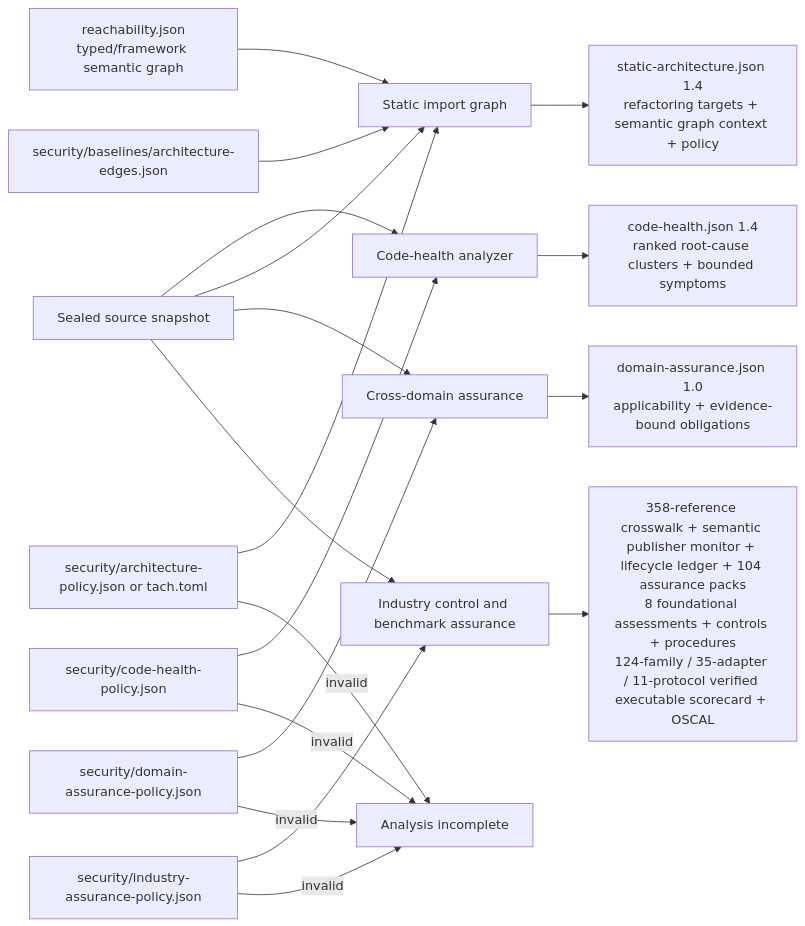
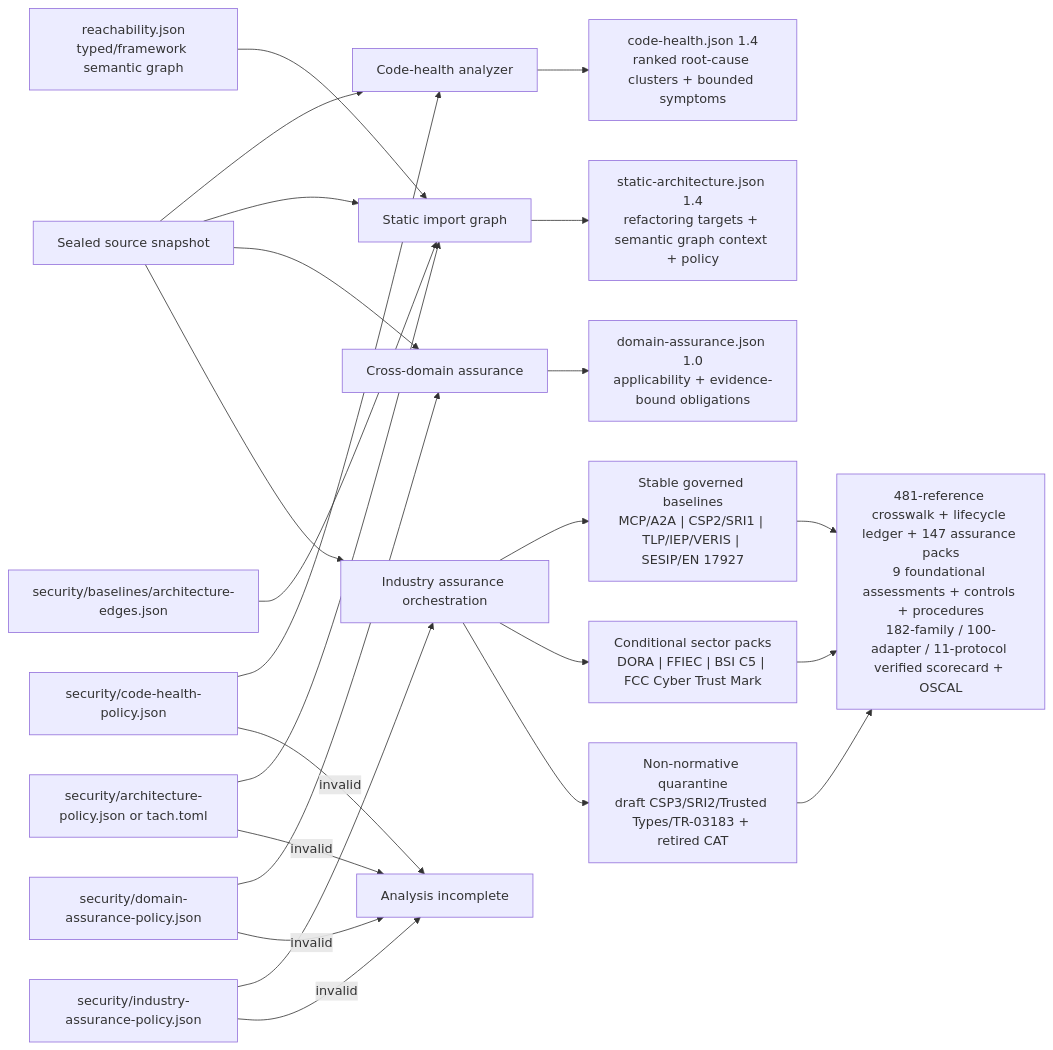
One commit to willtran87/project-py-security-suite changed the third of 3 diagrams in docs/configuration.md. Above: the diagram before and after it, drawn with Mermaid. The commit also changed other lines of this file and 124 other files, not shown here.

Commit message:
Harden benchmark assurance and governance

````diff
--- a/docs/configuration.md
+++ b/docs/configuration.md
@@ -132,21 +132,26 @@
 ```mermaid
 flowchart LR
     Snapshot["Sealed source snapshot"] --> Health["Code-health analyzer"]
     HealthPolicy["security/code-health-policy.json"] --> Health
     Snapshot --> Graph["Static import graph"]
     Reachability["reachability.json<br/>typed/framework semantic graph"] --> Graph
     ArchitecturePolicy["security/architecture-policy.json or tach.toml"] --> Graph
     EdgeBaseline["security/baselines/architecture-edges.json"] --> Graph
     Snapshot --> Domains["Cross-domain assurance"]
     DomainPolicy["security/domain-assurance-policy.json"] --> Domains
-    Snapshot --> Industry["Industry control and benchmark assurance"]
+    Snapshot --> Industry["Industry assurance orchestration"]
     IndustryPolicy["security/industry-assurance-policy.json"] --> Industry
     Health --> HealthArtifact["code-health.json 1.4<br/>ranked root-cause clusters + bounded symptoms"]
     Graph --> ArchitectureArtifact["static-architecture.json 1.4<br/>refactoring targets + semantic graph context + policy"]
     Domains --> DomainArtifact["domain-assurance.json 1.0<br/>applicability + evidence-bound obligations"]
-    Industry --> IndustryArtifacts["358-reference crosswalk + semantic publisher monitor + lifecycle ledger + 104 assurance packs<br/>8 foundational assessments + controls + procedures<br/>124-family / 35-adapter / 11-protocol verified executable scorecard + OSCAL"]
+    Industry --> Stable["Stable governed baselines<br/>MCP/A2A | CSP2/SRI1 | TLP/IEP/VERIS | SESIP/EN 17927"]
+    Industry --> Sector["Conditional sector packs<br/>DORA | FFIEC | BSI C5 | FCC Cyber Trust Mark"]
+    Industry --> Watch["Non-normative quarantine<br/>draft CSP3/SRI2/Trusted Types/TR-03183 + retired CAT"]
+    Stable --> IndustryArtifacts["481-reference crosswalk + lifecycle ledger + 147 assurance packs<br/>9 foundational assessments + controls + procedures<br/>182-family / 100-adapter / 11-protocol verified scorecard + OSCAL"]
+    Sector --> IndustryArtifacts
+    Watch --> IndustryArtifacts
     HealthPolicy -->|"invalid"| Incomplete["Analysis incomplete"]
     ArchitecturePolicy -->|"invalid"| Incomplete
     DomainPolicy -->|"invalid"| Incomplete
     IndustryPolicy -->|"invalid"| Incomplete
 ```
````
